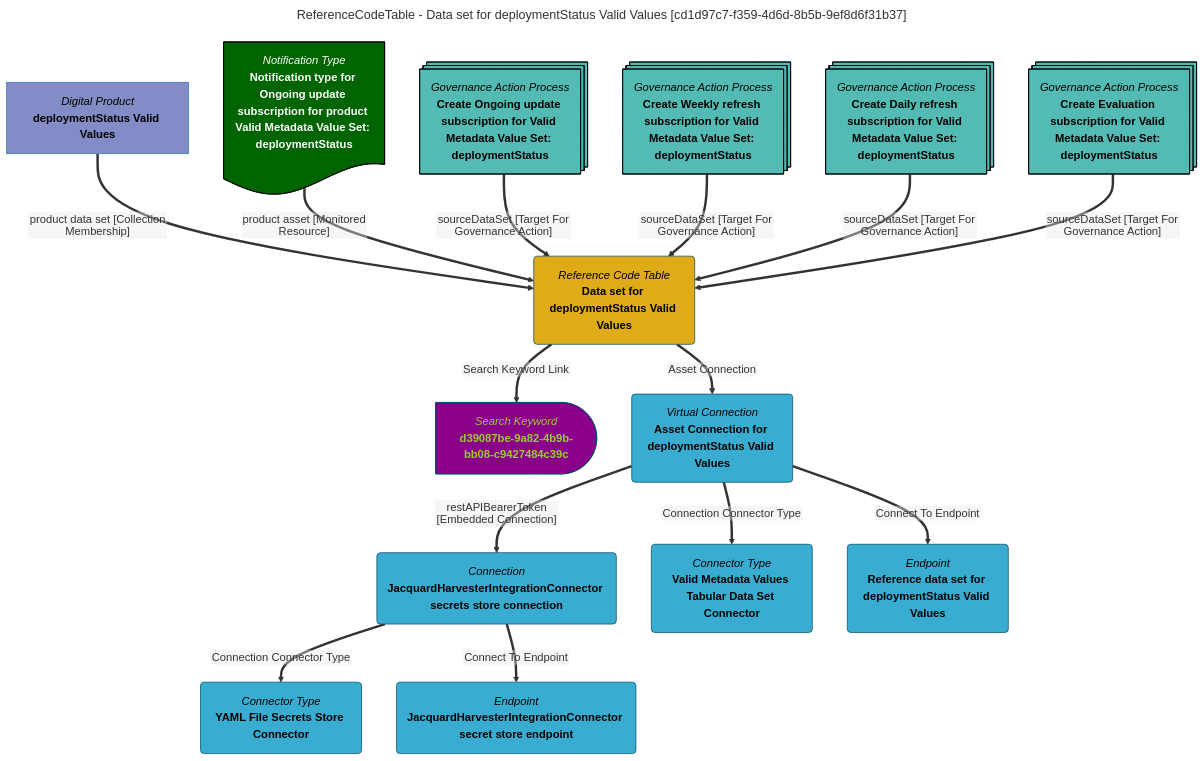
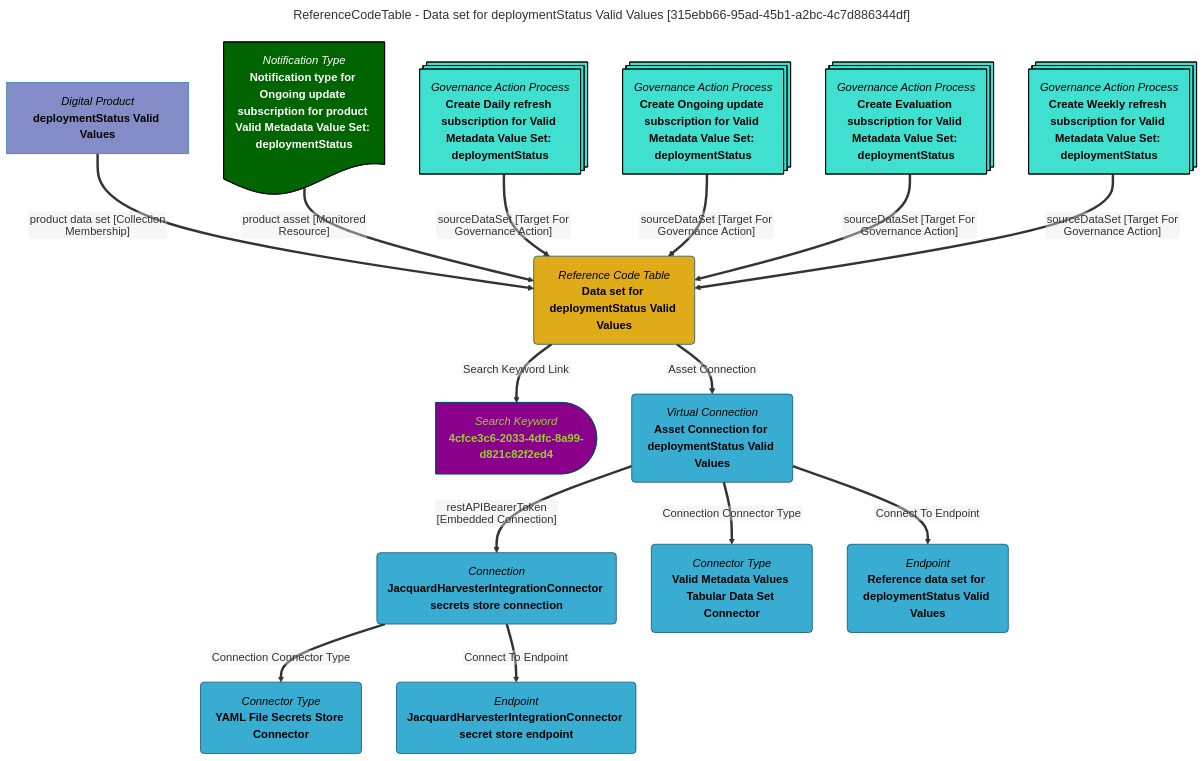
One commit to odpi/egeria-docs changed the diagram in site/snippets/data-assets/data-set-for-deploymentstatus-valid-values-mermaid-graph.md. Above: the diagram before and after it, drawn with Mermaid. The commit also changed 2201 other files, not shown here.

````diff
--- a/site/snippets/data-assets/data-set-for-deploymentstatus-valid-values-mermaid-graph.md
+++ b/site/snippets/data-assets/data-set-for-deploymentstatus-valid-values-mermaid-graph.md
@@ -1,63 +1,63 @@
 ```mermaid
 ---
-title: ReferenceCodeTable - Data set for deploymentStatus Valid Values [cd1d97c7-f359-4d6d-8b5b-9ef8d6f31b37]
+title: ReferenceCodeTable - Data set for deploymentStatus Valid Values [315ebb66-95ad-45b1-a2bc-4c7d886344df]
 ---
 flowchart TD
 %%{init: {"flowchart": {"htmlLabels": false}} }%%
 
 1@{ shape: rounded, label: "*Reference Code Table*
 **Data set for deploymentStatus Valid Values**"}
 2@{ shape: delay, label: "*Search Keyword*
-**d39087be-9a82-4b9b-bb08-c9427484c39c**"}
+**4cfce3c6-2033-4dfc-8a99-d821c82f2ed4**"}
 1==>|"Search Keyword Link"|2
 3@{ shape: rect, label: "*Digital Product*
 **deploymentStatus Valid Values**"}
 3==>|"product data set [Collection Membership]"|1
 4@{ shape: rounded, label: "*Virtual Connection*
 **Asset Connection for deploymentStatus Valid Values**"}
 1==>|"Asset Connection"|4
 5@{ shape: rounded, label: "*Connection*
 **JacquardHarvesterIntegrationConnector secrets store connection**"}
 4==>|"restAPIBearerToken [Embedded Connection]"|5
 6@{ shape: rounded, label: "*Connector Type*
 **YAML File Secrets Store Connector**"}
 5==>|"Connection Connector Type"|6
 7@{ shape: rounded, label: "*Endpoint*
 **JacquardHarvesterIntegrationConnector secret store endpoint**"}
 5==>|"Connect To Endpoint"|7
 8@{ shape: rounded, label: "*Connector Type*
 **Valid Metadata Values Tabular Data Set Connector**"}
 4==>|"Connection Connector Type"|8
 9@{ shape: rounded, label: "*Endpoint*
 **Reference data set for deploymentStatus Valid Values**"}
 4==>|"Connect To Endpoint"|9
 10@{ shape: doc, label: "*Notification Type*
 **Notification type for Ongoing update subscription for product Valid Metadata Value Set: deploymentStatus**"}
 10==>|"product asset [Monitored Resource]"|1
 11@{ shape: processes, label: "*Governance Action Process*
-**Create Ongoing update subscription for Valid Metadata Value Set: deploymentStatus**"}
+**Create Daily refresh subscription for Valid Metadata Value Set: deploymentStatus**"}
 11==>|"sourceDataSet [Target For Governance Action]"|1
 12@{ shape: processes, label: "*Governance Action Process*
-**Create Weekly refresh subscription for Valid Metadata Value Set: deploymentStatus**"}
+**Create Ongoing update subscription for Valid Metadata Value Set: deploymentStatus**"}
 12==>|"sourceDataSet [Target For Governance Action]"|1
 13@{ shape: processes, label: "*Governance Action Process*
-**Create Daily refresh subscription for Valid Metadata Value Set: deploymentStatus**"}
+**Create Evaluation subscription for Valid Metadata Value Set: deploymentStatus**"}
 13==>|"sourceDataSet [Target For Governance Action]"|1
 14@{ shape: processes, label: "*Governance Action Process*
-**Create Evaluation subscription for Valid Metadata Value Set: deploymentStatus**"}
+**Create Weekly refresh subscription for Valid Metadata Value Set: deploymentStatus**"}
 14==>|"sourceDataSet [Target For Governance Action]"|1
-style 11 color:#000000, fill:#53bbb4, stroke:#000000
-style 12 color:#000000, fill:#53bbb4, stroke:#000000
-style 13 color:#000000, fill:#53bbb4, stroke:#000000
-style 14 color:#000000, fill:#53bbb4, stroke:#000000
+style 11 color:#000000, fill:#40E0D0, stroke:#000000
+style 12 color:#000000, fill:#40E0D0, stroke:#000000
+style 13 color:#000000, fill:#40E0D0, stroke:#000000
+style 14 color:#000000, fill:#40E0D0, stroke:#000000
 style 1 color:#000000, fill:#e0ab18, stroke:#004563
-style 2 color:#9acd32, fill:#8b008b, stroke:#004563
+style 2 color:#9ACD32, fill:#8B008B, stroke:#004563
 style 3 color:#000000, fill:#838cc7, stroke:#3079ab
 style 4 color:#000000, fill:#39add1, stroke:#004563
 style 5 color:#000000, fill:#39add1, stroke:#004563
 style 6 color:#000000, fill:#39add1, stroke:#004563
 style 7 color:#000000, fill:#39add1, stroke:#004563
 style 8 color:#000000, fill:#39add1, stroke:#004563
 style 9 color:#000000, fill:#39add1, stroke:#004563
 style 10 color:#FFFFFF, fill:#006400, stroke:#000000
 ```
````
